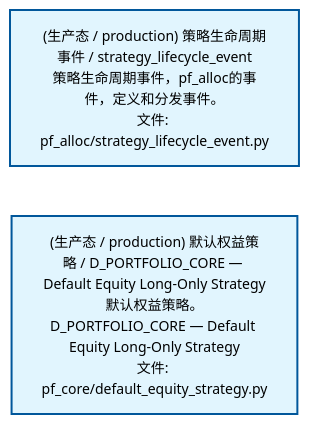
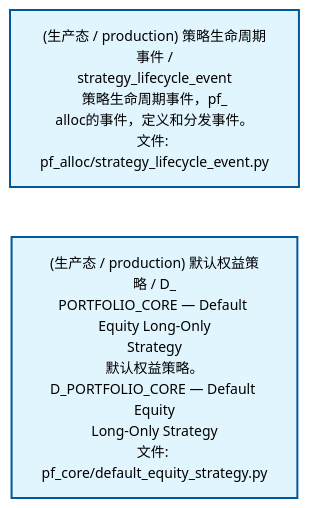
Before and after one commit to xuanFelixVan/ZephyrAlpha: the second of 4 diagrams in docs/02_enterprise_architecture/02_domain_architecture_docs/62_d_pf_alloc.md, drawn with Mermaid. The commit also changed other lines of this file and 5 other files, not shown here.

````diff
--- a/docs/02_enterprise_architecture/02_domain_architecture_docs/62_d_pf_alloc.md
+++ b/docs/02_enterprise_architecture/02_domain_architecture_docs/62_d_pf_alloc.md
@@ -88,12 +88,12 @@
 ```mermaid
 %%{init: {'theme': 'base', 'themeVariables': {'primaryColor': '#eaeaea', 'primaryTextColor': '#333333', 'primaryBorderColor': '#666666', 'lineColor': '#666666', 'secondaryColor': '#eaeaea', 'tertiaryColor': '#eaeaea', 'fontSize': '14px'}}}%%
 flowchart TD
-    src_zephyr_pf_alloc_strategy_lifecycle_event_py["(生产态 / production) 策略生命周期事件 / strategy_lifecycle_event<br/>策略生命周期事件，pf_alloc的事件，定义和分发事件。<br/>文件: pf_alloc/strategy_lifecycle_event.py"]
-    src_zephyr_pf_core_default_equity_strategy_py["(生产态 / production) 默认权益策略 / D_PORTFOLIO_CORE — Default Equity Long-Only Strategy<br/>默认权益策略。D_PORTFOLIO_CORE — Default Equity Long-Only Strategy<br/>文件: pf_core/default_equity_strategy.py"]
+    src_zephyr_pf_alloc_strategy_lifecycle_event_py["(生产态 / production) 策略生命周期事件 /<br/>strategy_lifecycle_event<br/>策略生命周期事件，pf_<br/>alloc的事件，定义和分发事件。<br/>文件: pf_alloc/strategy_lifecycle_event.py"]
+    src_zephyr_pf_core_default_equity_strategy_py["(生产态 / production) 默认权益策略 / D_<br/>PORTFOLIO_CORE — Default Equity Long-Only<br/>Strategy<br/>默认权益策略。D_PORTFOLIO_CORE — Default Equity<br/>Long-Only Strategy<br/>文件: pf_core/default_equity_strategy.py"]
     src_zephyr_pf_alloc_strategy_lifecycle_event_py ~~~ src_zephyr_pf_core_default_equity_strategy_py
     classDef production fill:#e1f5fe,stroke:#01579b,stroke-width:2px,color:#000
     classDef design fill:#fff3e0,stroke:#e65100,stroke-width:2px,color:#000,stroke-dasharray: 5 5
     classDef external_prod fill:#e8f4fd,stroke:#0277bd,stroke-width:1px,color:#000
     classDef external_design fill:#fff8e7,stroke:#ef6c00,stroke-width:1px,color:#000,stroke-dasharray: 5 5
     class src_zephyr_pf_alloc_strategy_lifecycle_event_py,src_zephyr_pf_core_default_equity_strategy_py production
 ```
````
